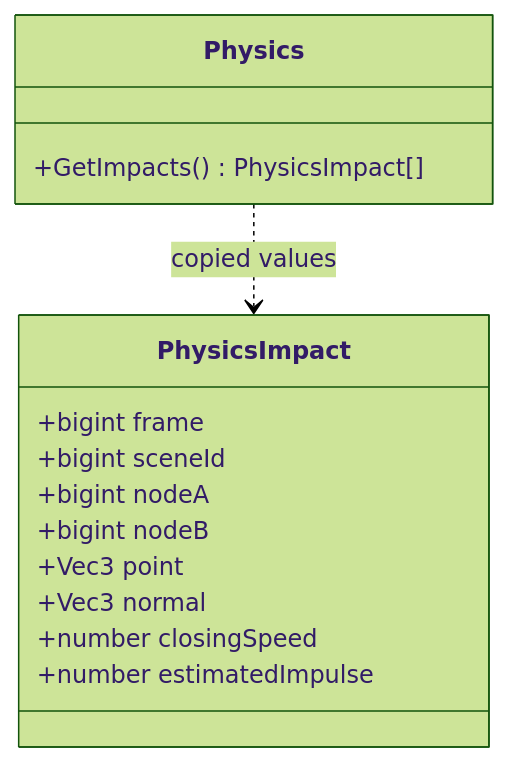
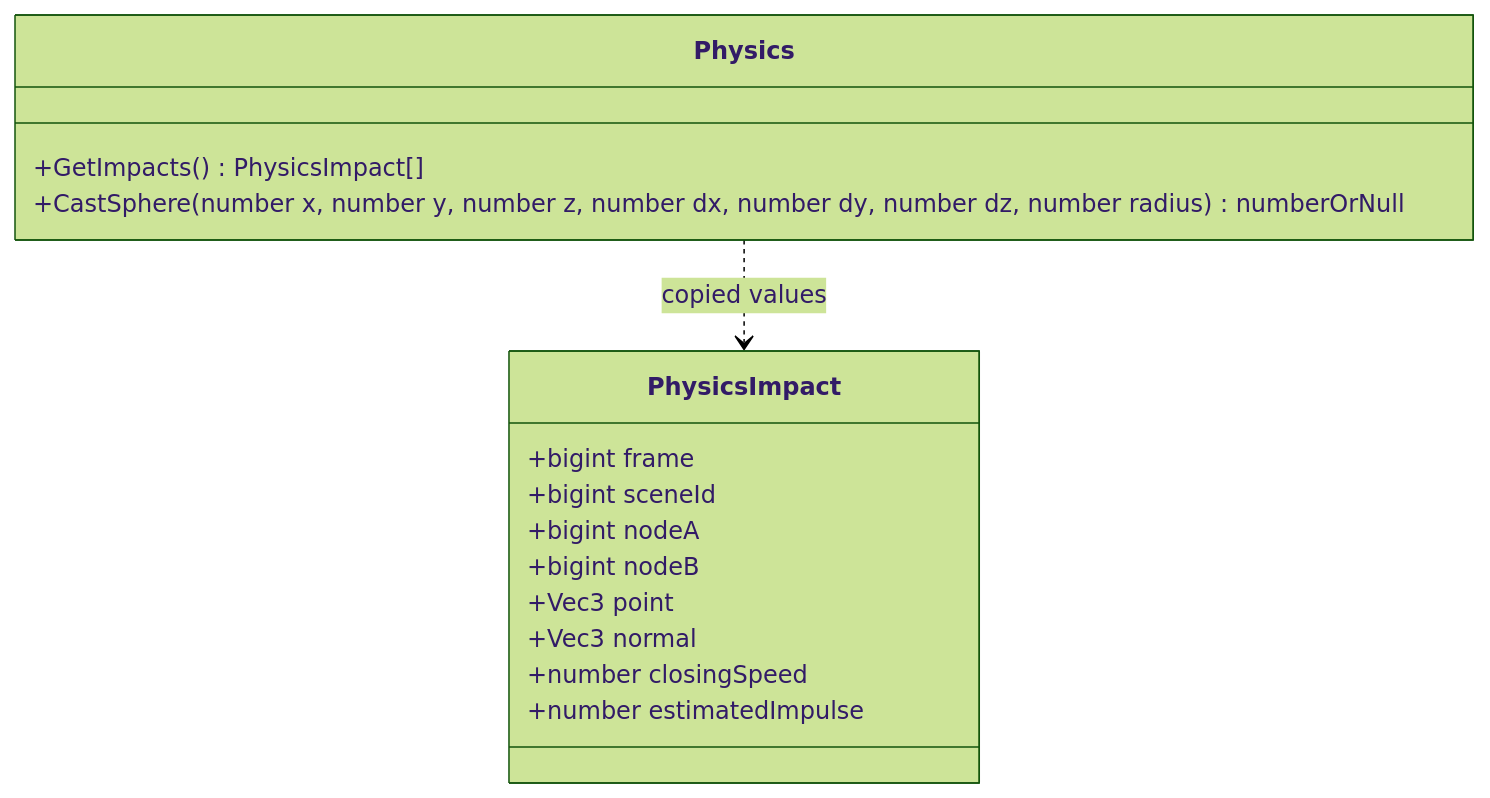
The fourth of 4 diagrams in docs/plugins/runtime/class-diagrams/physics-audio-script-api.md (lcals/Engine), drawn with Mermaid (forest theme) before and after one commit. The commit also changed other lines of this file and 109 other files, not shown here.

````diff
--- a/docs/plugins/runtime/class-diagrams/physics-audio-script-api.md
+++ b/docs/plugins/runtime/class-diagrams/physics-audio-script-api.md
@@ -82,17 +82,18 @@
 ```mermaid
 classDiagram
 class Physics {
     +GetImpacts() PhysicsImpact[]
+    +CastSphere(number x, number y, number z, number dx, number dy, number dz, number radius) numberOrNull
 }
 class PhysicsImpact {
     +bigint frame
     +bigint sceneId
     +bigint nodeA
     +bigint nodeB
     +Vec3 point
     +Vec3 normal
     +number closingSpeed
     +number estimatedImpulse
 }
 Physics ..> PhysicsImpact : copied values
 ```
````
